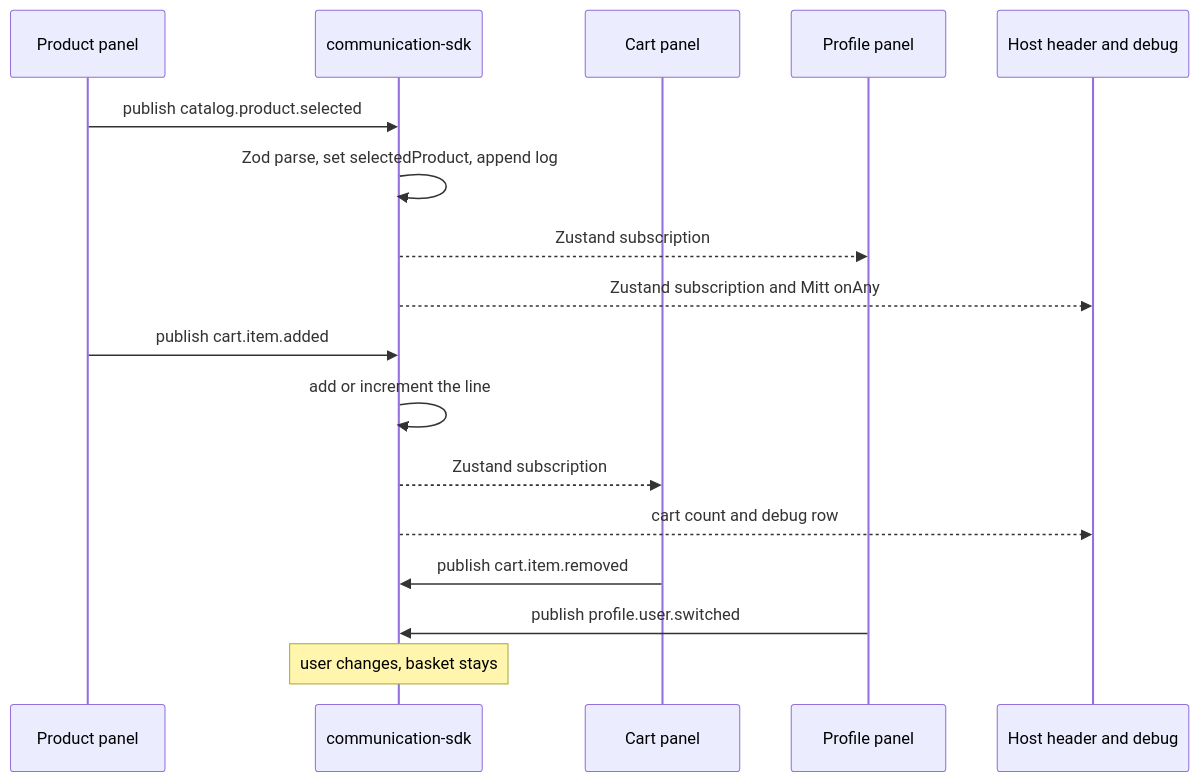
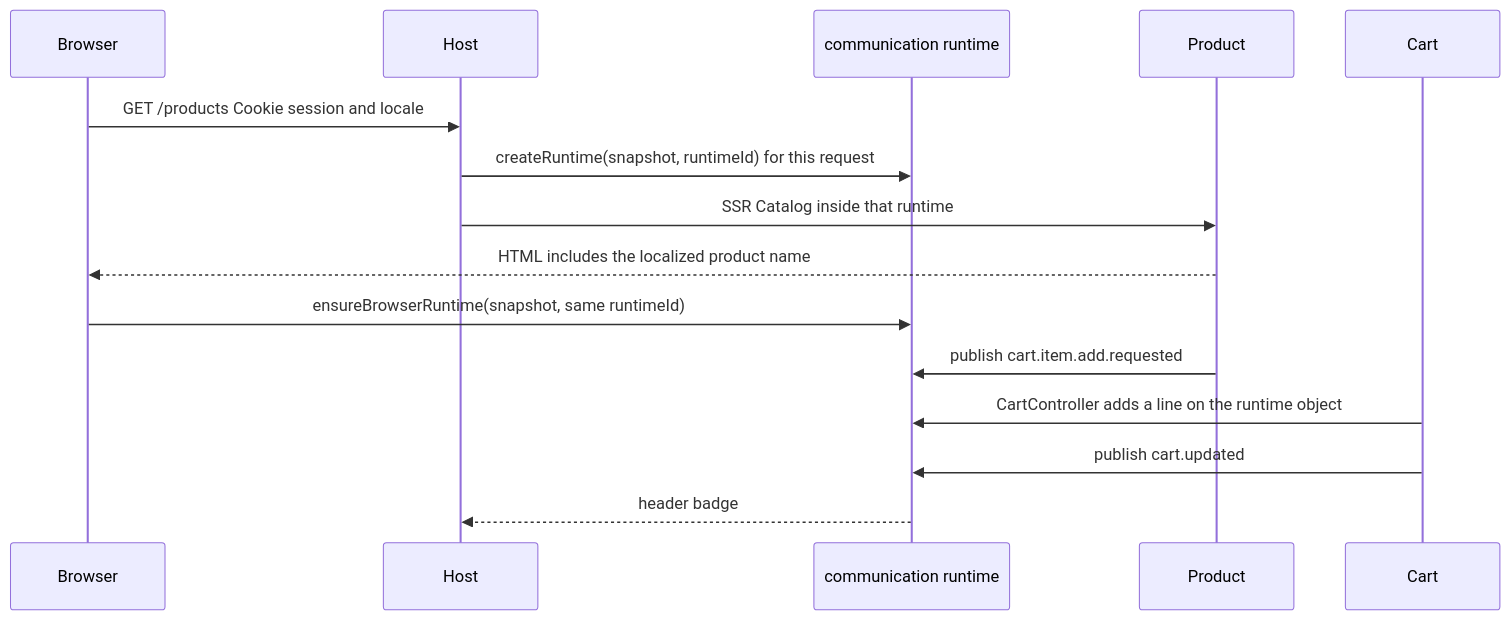
One commit to zestzero/mfe-communication-poc changed the first of 4 diagrams in docs/communication-flow.md. Above: the diagram before and after it, drawn with Mermaid. The commit also changed other lines of this file and 139 other files, not shown here.

````diff
--- a/docs/communication-flow.md
+++ b/docs/communication-flow.md
@@ -5,19 +5,17 @@
 ```mermaid
 sequenceDiagram
-  participant Product as Product panel
-  participant SDK as communication-sdk
-  participant Cart as Cart panel
-  participant Profile as Profile panel
-  participant Host as Host header and debug
-  Product->>SDK: publish catalog.product.selected
-  SDK->>SDK: Zod parse, set selectedProduct, append log
-  SDK-->>Profile: Zustand subscription
-  SDK-->>Host: Zustand subscription and Mitt onAny
-  Product->>SDK: publish cart.item.added
-  SDK->>SDK: add or increment the line
-  SDK-->>Cart: Zustand subscription
-  SDK-->>Host: cart count and debug row
-  Cart->>SDK: publish cart.item.removed
-  Profile->>SDK: publish profile.user.switched
-  Note over SDK: user changes, basket stays
+  participant Browser
+  participant Host
+  participant SDK as communication runtime
+  participant Product
+  participant Cart
+  Browser->>Host: GET /products Cookie session and locale
+  Host->>SDK: createRuntime(snapshot, runtimeId) for this request
+  Host->>Product: SSR Catalog inside that runtime
+  Product-->>Browser: HTML includes the localized product name
+  Browser->>SDK: ensureBrowserRuntime(snapshot, same runtimeId)
+  Product->>SDK: publish cart.item.add.requested
+  Cart->>SDK: CartController adds a line on the runtime object
+  Cart->>SDK: publish cart.updated
+  SDK-->>Host: header badge
 ```
````
